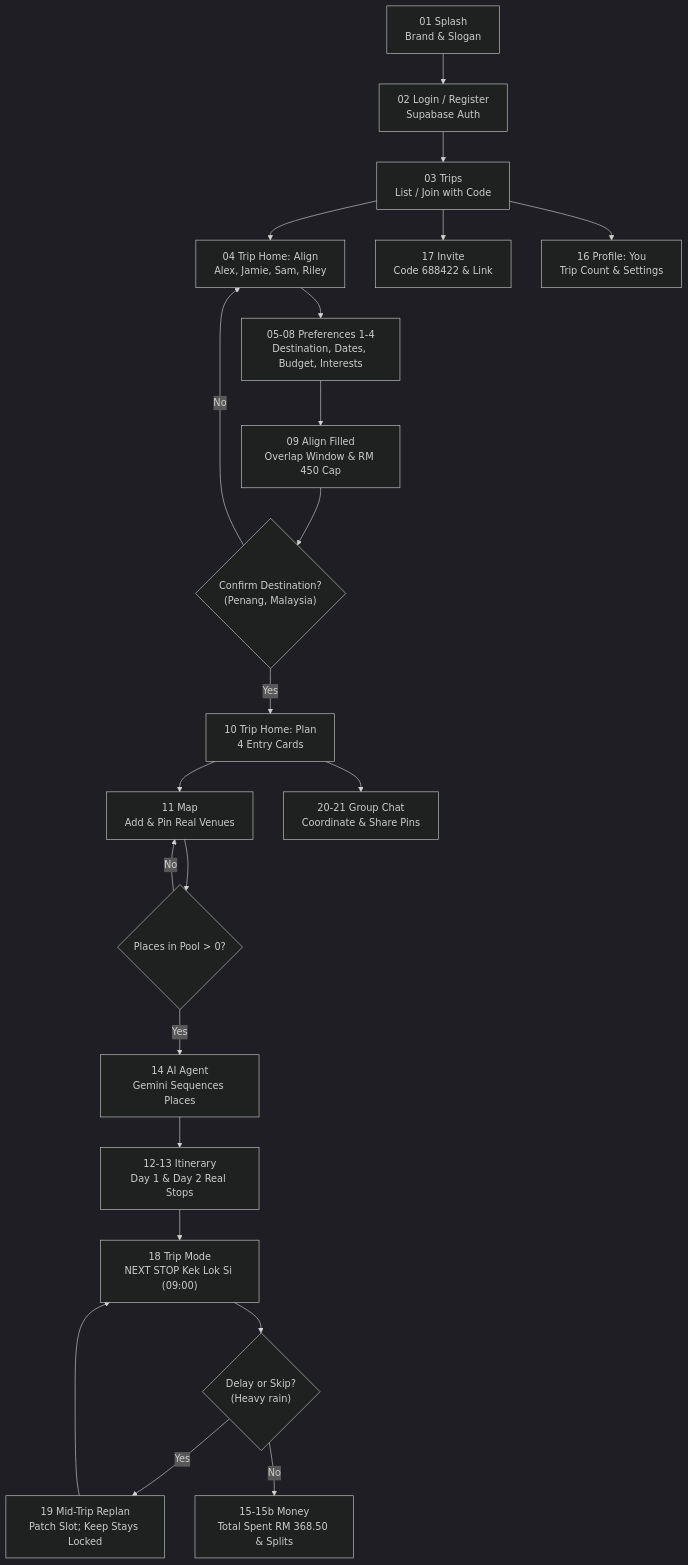
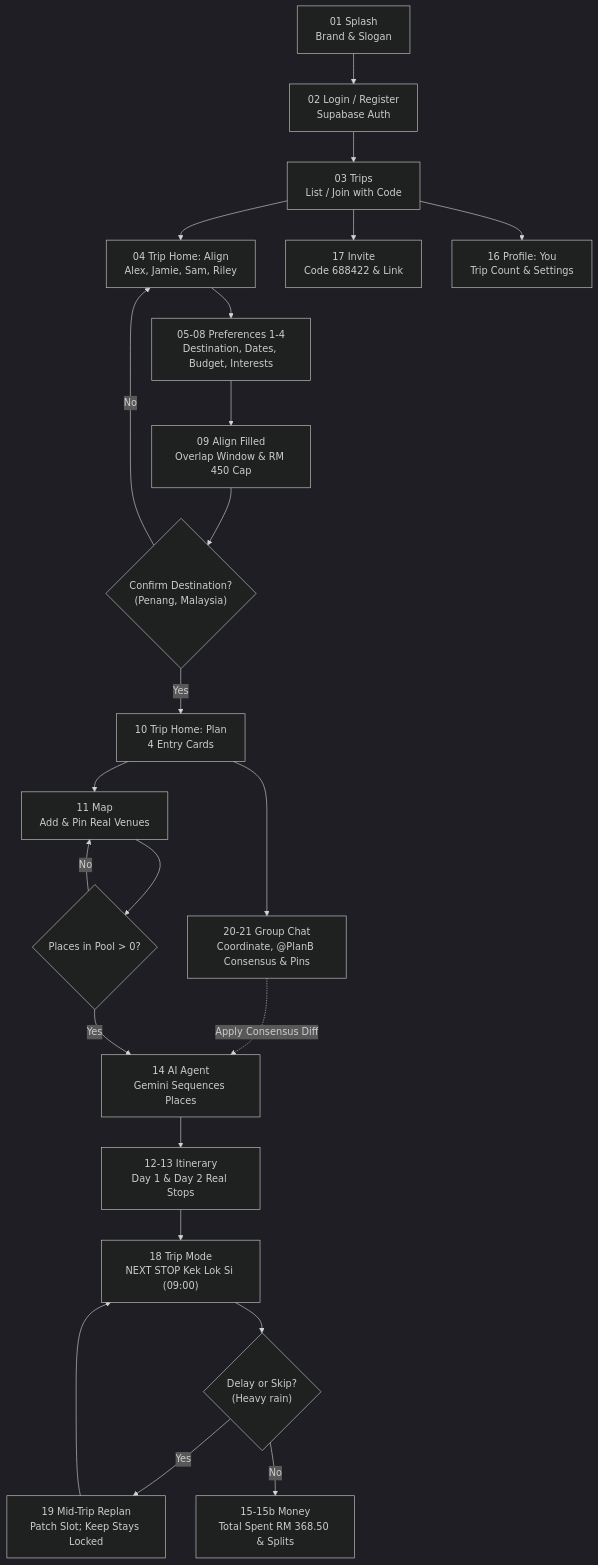
Before and after one commit to nlzce/We-are-the-champions_Plan-B: diagram 11 of 15 in README.md, drawn with Mermaid (dark theme). The commit also changed other lines of this file, not shown here.

Commit message:
docs: integrate group opinion and chat consensus summarizer across architecture diagrams

````diff
--- a/README.md
+++ b/README.md
@@ -483,24 +501,25 @@
 ```mermaid
 flowchart TD
   S01["01 Splash<br/>Brand & Slogan"] --> S02["02 Login / Register<br/>Supabase Auth"]
   S02 --> S03["03 Trips<br/>List / Join with Code"]
   S03 --> S04["04 Trip Home: Align<br/>Alex, Jamie, Sam, Riley"]
   S03 --> S17["17 Invite<br/>Code 688422 & Link"]
   S04 --> S05_08["05-08 Preferences 1-4<br/>Destination, Dates, Budget, Interests"]
   S05_08 --> S09["09 Align Filled<br/>Overlap Window & RM 450 Cap"]
   S09 --> DestCheck{"Confirm Destination?<br/>(Penang, Malaysia)"}
   DestCheck -->|No| S04
   DestCheck -->|Yes| S10["10 Trip Home: Plan<br/>4 Entry Cards"]
   S10 --> S11["11 Map<br/>Add & Pin Real Venues"]
-  S10 --> S20_21["20-21 Group Chat<br/>Coordinate & Share Pins"]
+  S10 --> S20_21["20-21 Group Chat<br/>Coordinate, @PlanB Consensus & Pins"]
+  S20_21 -.->|Apply Consensus Diff| S14
   S11 --> PlaceCheck{"Places in Pool > 0?"}
   PlaceCheck -->|No| S11
   PlaceCheck -->|Yes| S14["14 AI Agent<br/>Gemini Sequences Places"]
   S14 --> S12_13["12-13 Itinerary<br/>Day 1 & Day 2 Real Stops"]
   S12_13 --> S18["18 Trip Mode<br/>NEXT STOP Kek Lok Si (09:00)"]
   S18 --> DisCheck{"Delay or Skip?<br/>(Heavy rain)"}
   DisCheck -->|Yes| S19["19 Mid-Trip Replan<br/>Patch Slot; Keep Stays Locked"]
   S19 --> S18
   DisCheck -->|No| S15["15-15b Money<br/>Total Spent RM 368.50 & Splits"]
   S03 --> S16["16 Profile: You<br/>Trip Count & Settings"]
 ```
````
